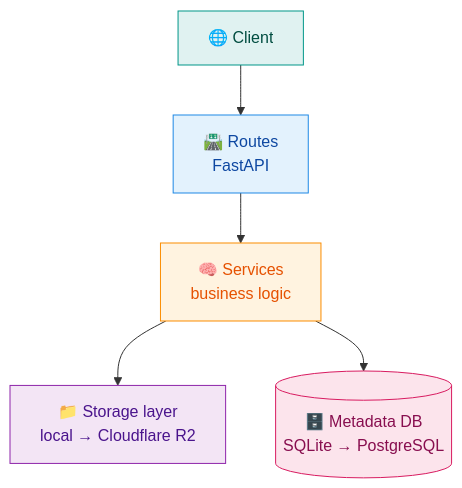
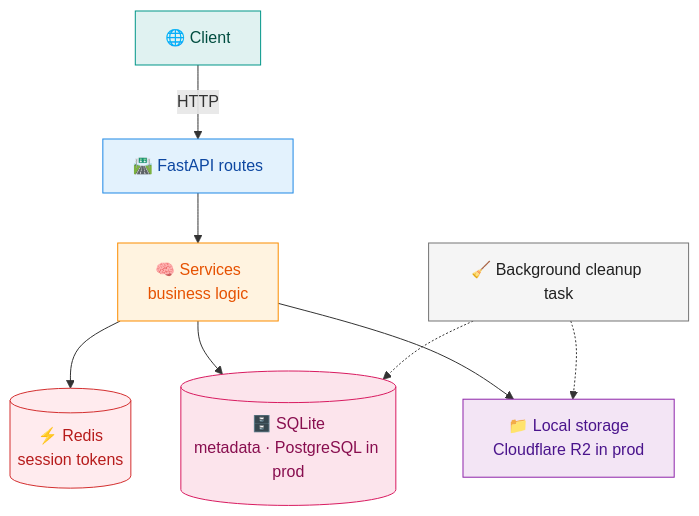
The second of 2 diagrams in README.md (amit8487/File-Sharable), drawn with Mermaid before and after one commit. The commit also changed other lines of this file, not shown here.

````diff
--- a/README.md
+++ b/README.md
@@ -94,13 +97,18 @@
 ```mermaid
 flowchart TD
-    Client["🌐 Client"] --> Routes["🛣️ Routes<br/>FastAPI"]
-    Routes --> Services["🧠 Services<br/>business logic"]
-    Services --> Storage["📁 Storage layer<br/>local → Cloudflare R2"]
-    Services --> DB[("🗄️ Metadata DB<br/>SQLite → PostgreSQL")]
+    Client["🌐 Client"] -->|HTTP| API["🛣️ FastAPI routes"]
+    API --> Services["🧠 Services<br/>business logic"]
+    Services --> Redis[("⚡ Redis<br/>session tokens")]
+    Services --> DB[("🗄️ SQLite<br/>metadata · PostgreSQL in prod")]
+    Services --> Storage["📁 Local storage<br/>Cloudflare R2 in prod"]
+    Cleanup["🧹 Background cleanup task"] -.-> DB
+    Cleanup -.-> Storage
 
     style Client fill:#e0f2f1,stroke:#009688,color:#004d40
-    style Routes fill:#e3f2fd,stroke:#1e88e5,color:#0d47a1
+    style API fill:#e3f2fd,stroke:#1e88e5,color:#0d47a1
     style Services fill:#fff3e0,stroke:#fb8c00,color:#e65100
+    style Redis fill:#ffebee,stroke:#d32f2f,color:#b71c1c
+    style DB fill:#fce4ec,stroke:#d81b60,color:#880e4f
     style Storage fill:#f3e5f5,stroke:#8e24aa,color:#4a148c
-    style DB fill:#fce4ec,stroke:#d81b60,color:#880e4f
+    style Cleanup fill:#f5f5f5,stroke:#757575,color:#212121
 ```
````
